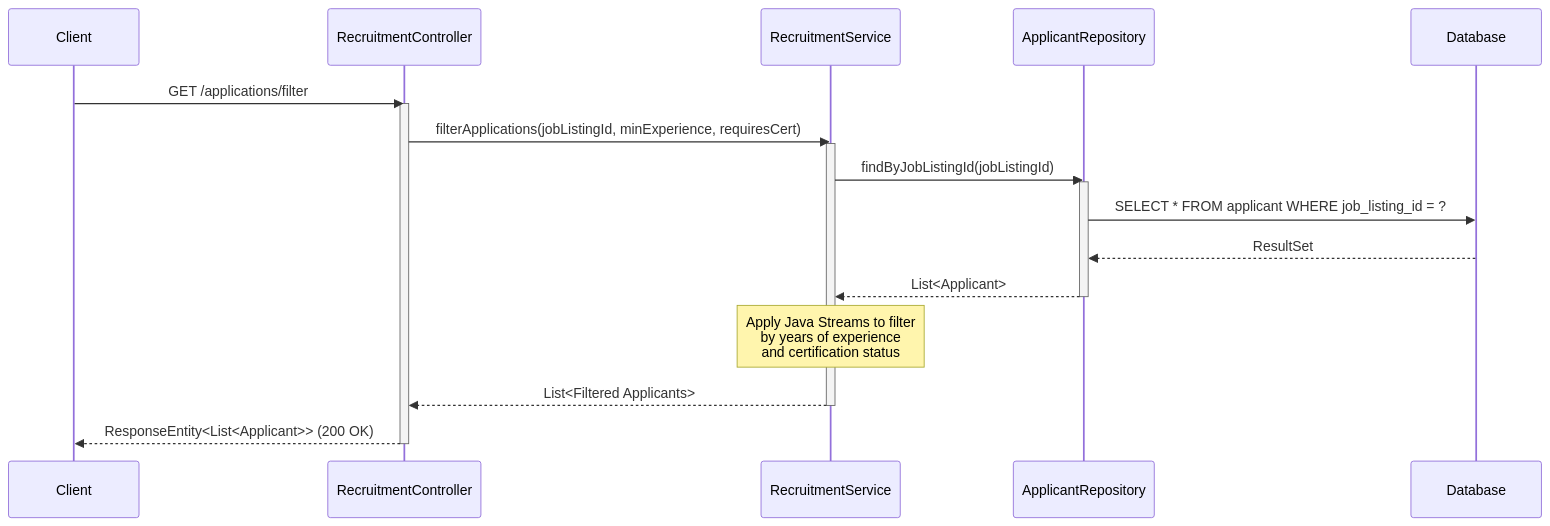
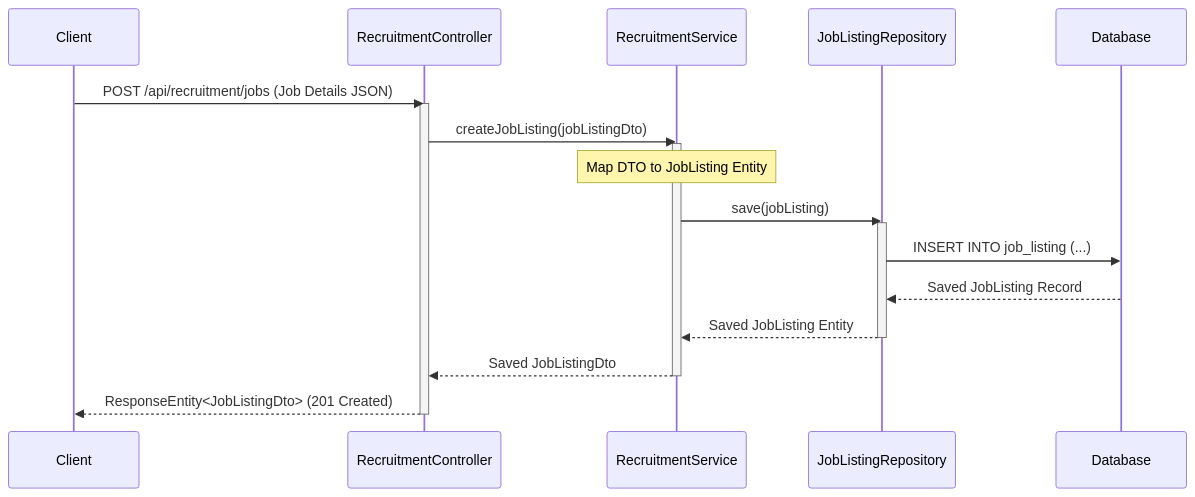
One commit to hudezz/smart-recruiting changed the first of 2 diagrams in README.md. Above: the diagram before and after it, drawn with Mermaid. The commit also changed other lines of this file, not shown here.

Commit message:
docs: update Workflow A in README to show Job Posting Workflow

````diff
--- a/README.md
+++ b/README.md
@@ -46,24 +48,24 @@
 ```mermaid
 sequenceDiagram
     participant Client
     participant Controller as RecruitmentController
     participant Service as RecruitmentService
-    participant Repo as ApplicantRepository
+    participant JobRepo as JobListingRepository
     participant DB as Database
 
-    Client->>Controller: GET /applications/filter
+    Client->>Controller: POST /api/recruitment/jobs (Job Details JSON)
     activate Controller
-    Controller->>Service: filterApplications(jobListingId, minExperience, requiresCert)
+    Controller->>Service: createJobListing(jobListingDto)
     activate Service
-    Service->>Repo: findByJobListingId(jobListingId)
-    activate Repo
-    Repo->>DB: SELECT * FROM applicant WHERE job_listing_id = ?
-    DB-->>Repo: ResultSet
-    Repo-->>Service: List<Applicant>
-    deactivate Repo
-    Note over Service: Apply Java Streams to filter<br/>by years of experience<br/>and certification status
-    Service-->>Controller: List<Filtered Applicants>
+    Note over Service: Map DTO to JobListing Entity
+    Service->>JobRepo: save(jobListing)
+    activate JobRepo
+    JobRepo->>DB: INSERT INTO job_listing (...)
+    DB-->>JobRepo: Saved JobListing Record
+    JobRepo-->>Service: Saved JobListing Entity
+    deactivate JobRepo
+    Service-->>Controller: Saved JobListingDto
     deactivate Service
-    Controller-->>Client: ResponseEntity<List<Applicant>> (200 OK)
+    Controller-->>Client: ResponseEntity<JobListingDto> (201 Created)
     deactivate Controller
 ```
````
